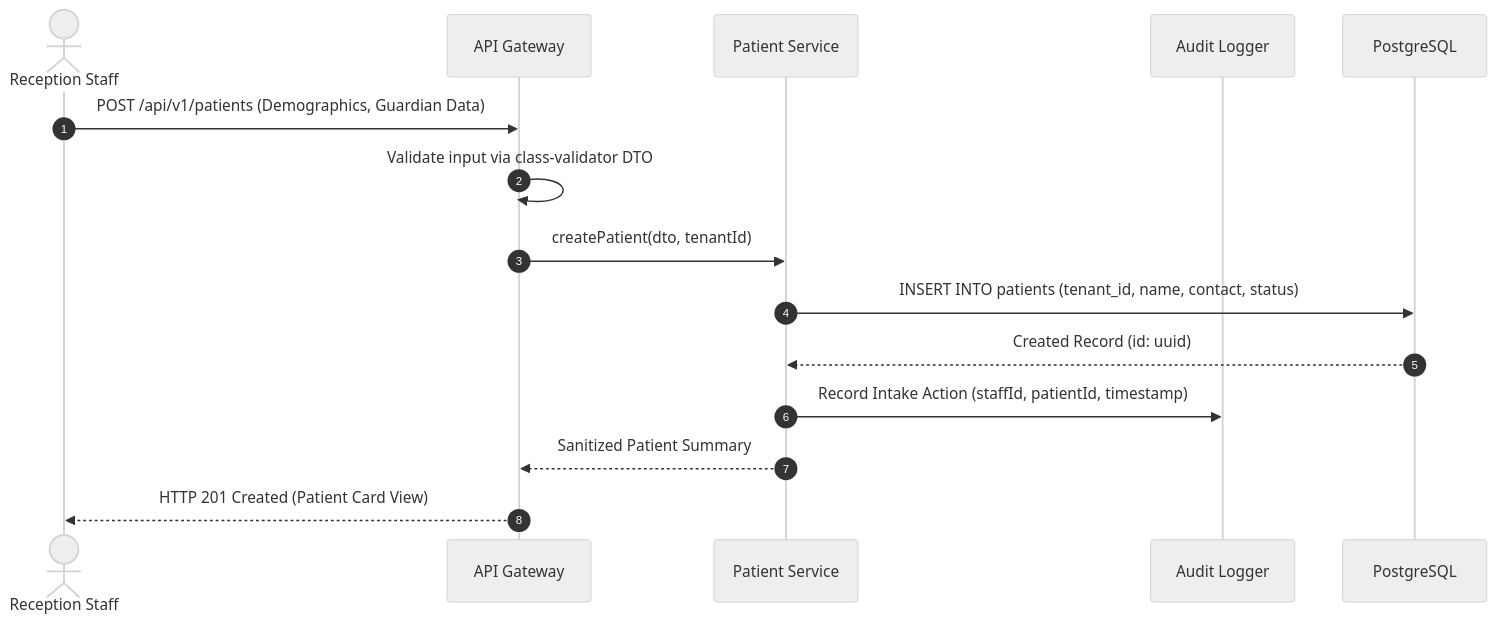
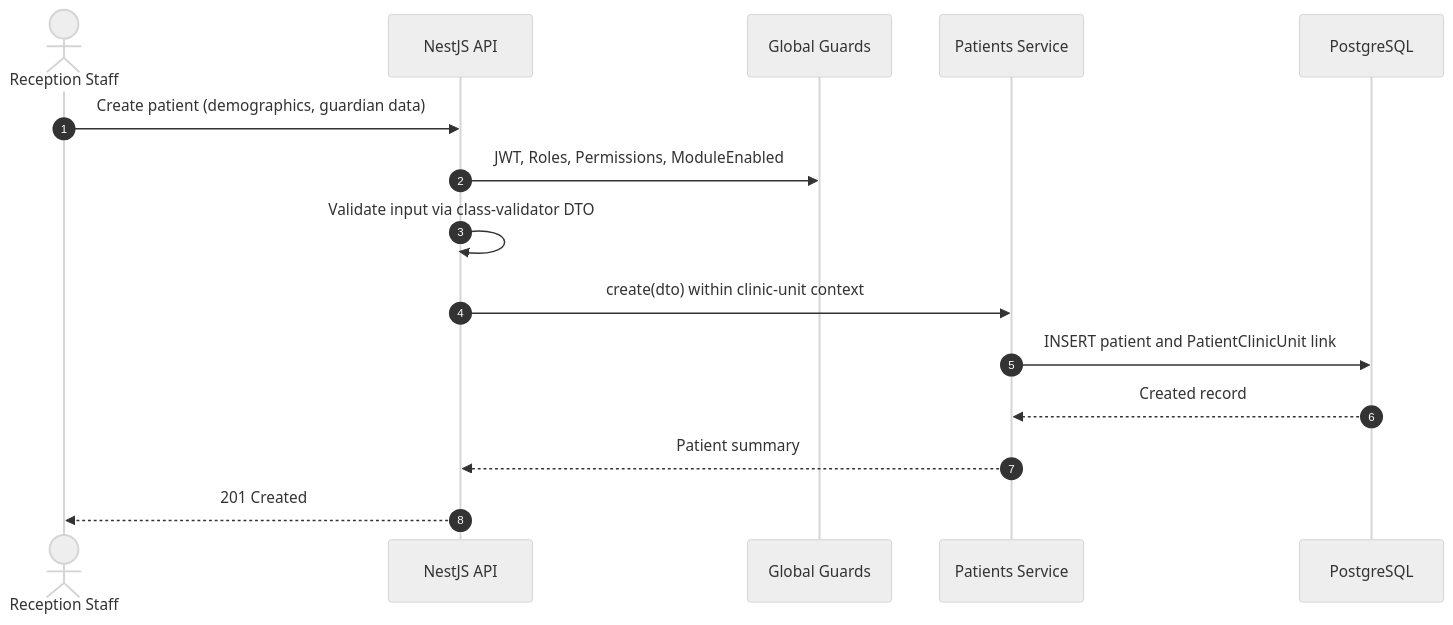
One commit to leonardosantana214/case-study-cpae-saas changed the diagram in docs/data-flow.md. Above: the diagram before and after it, drawn with Mermaid (neutral theme). The commit also changed other lines of this file and 5 other files, not shown here.

````diff
--- a/docs/data-flow.md
+++ b/docs/data-flow.md
@@ -5,18 +5,18 @@
 ```mermaid
 sequenceDiagram
     autonumber
     actor Reception as Reception Staff
-    participant Gateway as API Gateway
-    participant PatientMod as Patient Service
-    participant Audit as Audit Logger
+    participant API as NestJS API
+    participant Guards as Global Guards
+    participant PatientMod as Patients Service
     participant DB as PostgreSQL
 
-    Reception->>Gateway: POST /api/v1/patients (Demographics, Guardian Data)
-    Gateway->>Gateway: Validate input via class-validator DTO
-    Gateway->>PatientMod: createPatient(dto, tenantId)
-    PatientMod->>DB: INSERT INTO patients (tenant_id, name, contact, status)
-    DB-->>PatientMod: Created Record (id: uuid)
-    PatientMod->>Audit: Record Intake Action (staffId, patientId, timestamp)
-    PatientMod-->>Gateway: Sanitized Patient Summary
-    Gateway-->>Reception: HTTP 201 Created (Patient Card View)
+    Reception->>API: Create patient (demographics, guardian data)
+    API->>Guards: JWT, Roles, Permissions, ModuleEnabled
+    API->>API: Validate input via class-validator DTO
+    API->>PatientMod: create(dto) within clinic-unit context
+    PatientMod->>DB: INSERT patient and PatientClinicUnit link
+    DB-->>PatientMod: Created record
+    PatientMod-->>API: Patient summary
+    API-->>Reception: 201 Created
 ```
````
